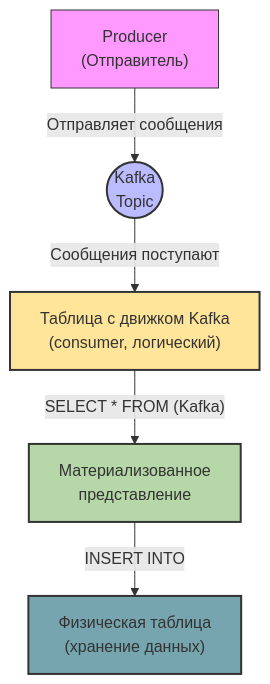
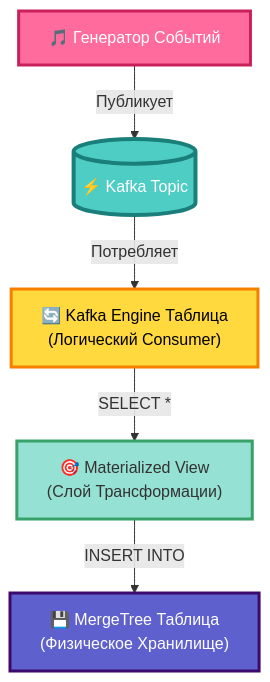
One commit to Almas1989/kafka_de_project changed the fourth of 4 diagrams in README.md. Above: the diagram before and after it, drawn with Mermaid. The commit also changed other lines of this file, not shown here.

````diff
--- a/README.md
+++ b/README.md
@@ -181,13 +191,13 @@
 ```mermaid
 flowchart TB
-    A["Producer<br>(Отправитель)"] -- Отправляет сообщения --> B((Kafka<br>Topic))
-    B -- Сообщения поступают --> C["Таблица с движком Kafka<br>(consumer, логический)"]
-    C -- SELECT * FROM (Kafka) --> D["Материализованное<br>представление"]
-    D -- INSERT INTO --> E["Физическая таблица<br>(хранение данных)"]
+    A["🎵 Генератор Событий"] -- Публикует --> B[("⚡ Kafka Topic")]
+    B -- Потребляет --> C["🔄 Kafka Engine Таблица<br/>(Логический Consumer)"]
+    C -- SELECT * --> D["🎯 Materialized View<br/>(Слой Трансформации)"]
+    D -- INSERT INTO --> E["💾 MergeTree Таблица<br/>(Физическое Хранилище)"]
 
-    style A fill:#f9f,stroke:#333,stroke-width:1px
-    style B fill:#bbf,stroke:#333,stroke-width:2px
-    style C fill:#ffe599,stroke:#333,stroke-width:2px
-    style D fill:#b6d7a8,stroke:#333,stroke-width:2px
-    style E fill:#76a5af,stroke:#333,stroke-width:2px
+    style A fill:#FF6B9D,stroke:#C91F5B,stroke-width:3px,color:#fff
+    style B fill:#4ECDC4,stroke:#1A7F7A,stroke-width:4px,color:#fff
+    style C fill:#FFD93D,stroke:#F77F00,stroke-width:3px,color:#000
+    style D fill:#95E1D3,stroke:#38A169,stroke-width:3px
+    style E fill:#5E60CE,stroke:#3C096C,stroke-width:3px,color:#fff
 ```
````
